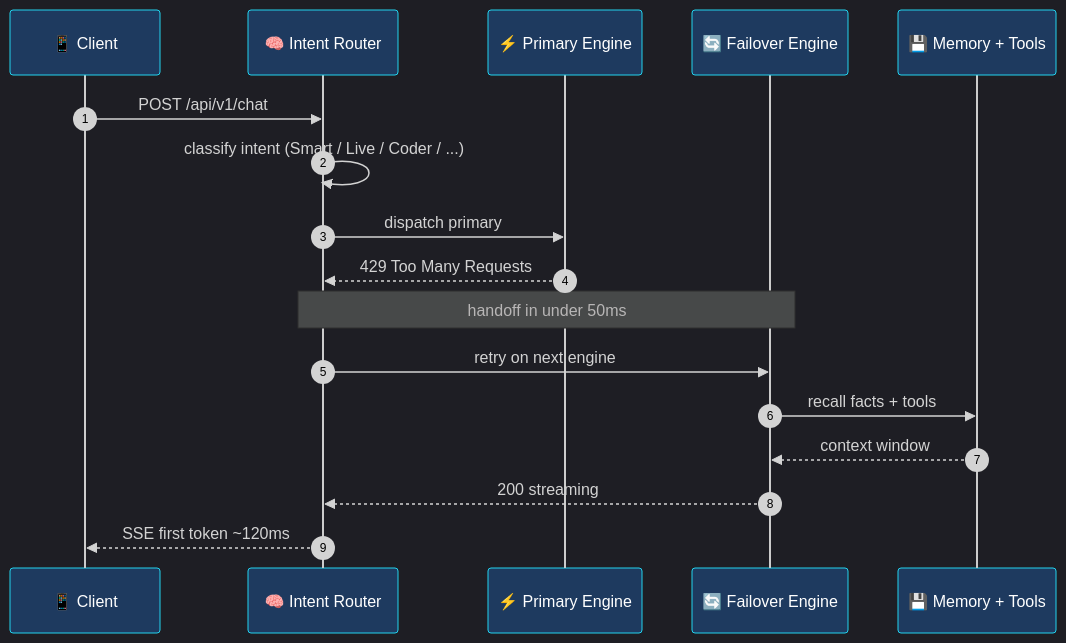
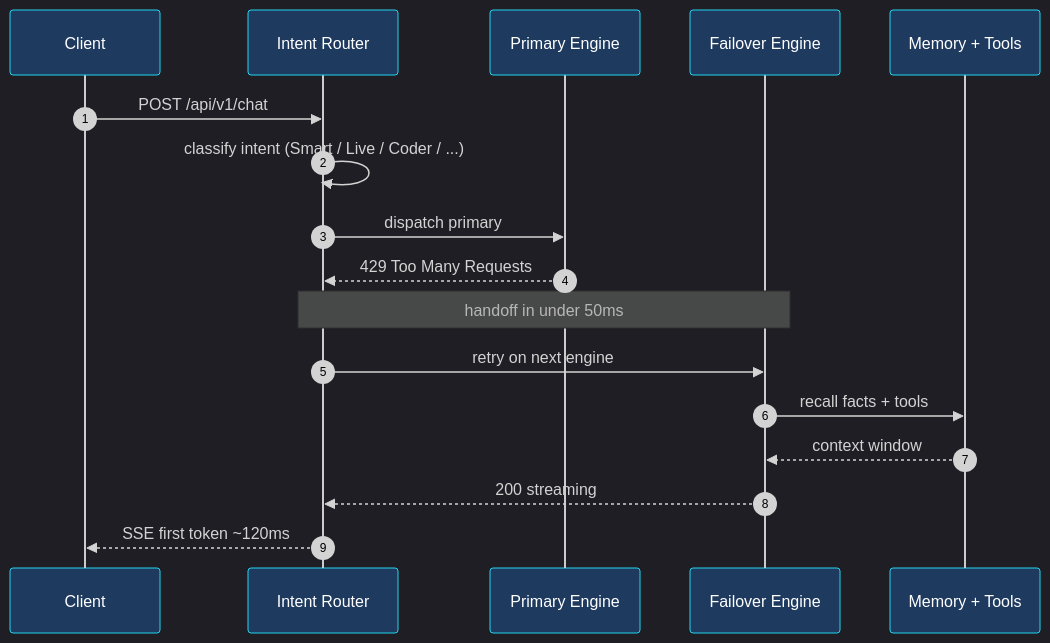
Before and after one commit to sarmakska/sarmakska: the diagram in README.md, drawn with Mermaid. The commit also changed other lines of this file, not shown here.

````diff
--- a/README.md
+++ b/README.md
@@ -74,20 +76,20 @@
 ```mermaid
 %%{init: {'theme':'dark','themeVariables':{'primaryColor':'#0d2e4f','primaryTextColor':'#e6f5ff','lineColor':'#22d3ee','primaryBorderColor':'#22d3ee','actorBkg':'#1e3a5f','actorBorder':'#22d3ee','actorTextColor':'#ffffff'}}}%%
 sequenceDiagram
     autonumber
-    participant Client as 📱 Client
-    participant Router as 🧠 Intent Router
-    participant PA as ⚡ Primary Engine
-    participant PB as 🔄 Failover Engine
-    participant Mem as 💾 Memory + Tools
+    participant Client
+    participant Router as Intent Router
+    participant PA as Primary Engine
+    participant PB as Failover Engine
+    participant Mem as Memory + Tools
     Client->>Router: POST /api/v1/chat
     Router->>Router: classify intent (Smart / Live / Coder / ...)
     Router->>PA: dispatch primary
     PA-->>Router: 429 Too Many Requests
     Note over Router,PB: handoff in under 50ms
     Router->>PB: retry on next engine
     PB->>Mem: recall facts + tools
     Mem-->>PB: context window
     PB-->>Router: 200 streaming
     Router-->>Client: SSE first token ~120ms
 ```
````
